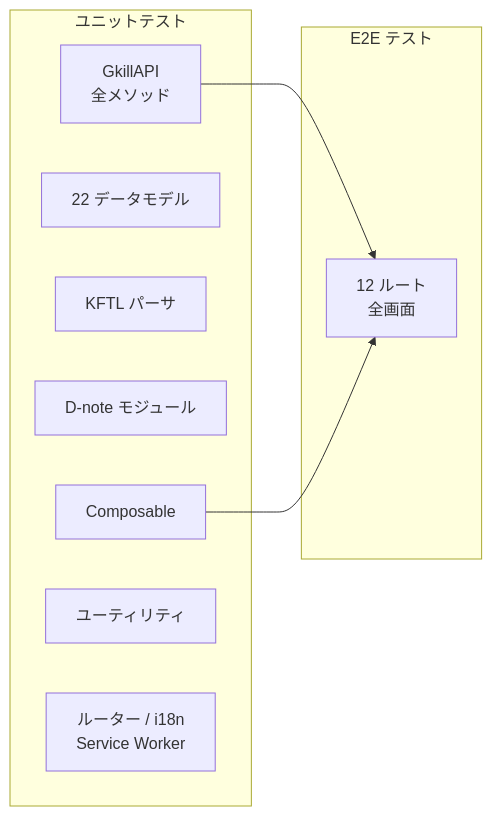
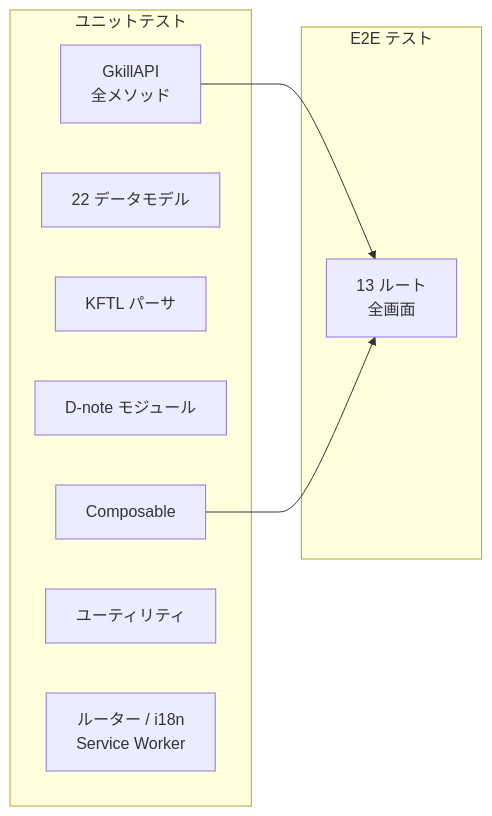
Before and after one commit to mt3hr/gkill: the second of 2 diagrams in documents/reverse/testing-guide.md, drawn with Mermaid. The commit also changed other lines of this file and 93 other files, not shown here.

````diff
--- a/documents/reverse/testing-guide.md
+++ b/documents/reverse/testing-guide.md
@@ -374,19 +380,19 @@
 ```mermaid
 graph LR
     subgraph "ユニットテスト"
         F1[GkillAPI<br/>全メソッド]
         F2[22 データモデル]
         F3[KFTL パーサ]
         F4[D-note モジュール]
         F5[Composable]
         F6[ユーティリティ]
         F7[ルーター / i18n<br/>Service Worker]
     end
 
     subgraph "E2E テスト"
-        E1[12 ルート<br/>全画面]
+        E1[13 ルート<br/>全画面]
     end
 
     F1 --> E1
     F5 --> E1
 ```
````
